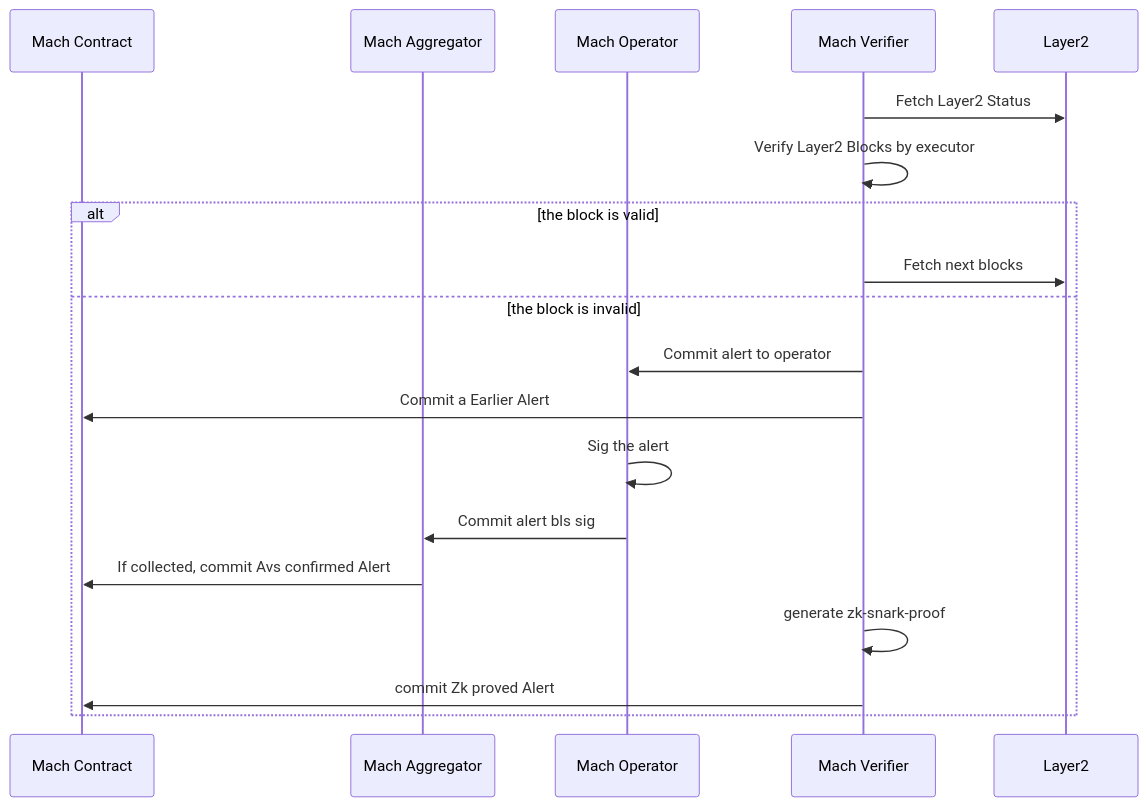
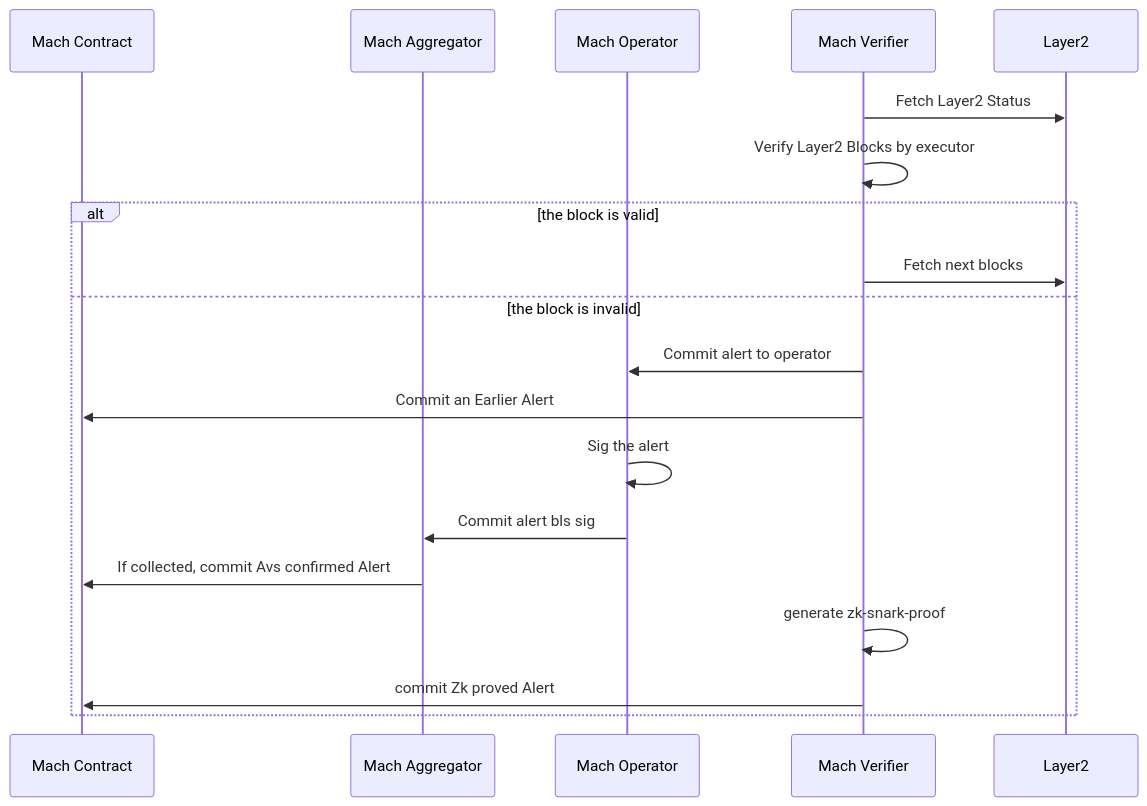
The first of 2 diagrams in README.md (alt-research/mach-avs), drawn with Mermaid before and after one commit. The commit also changed other lines of this file, not shown here.

Commit message:
typos README.md

````diff
--- a/README.md
+++ b/README.md
@@ -37,26 +37,26 @@
 ```mermaid
 sequenceDiagram
     participant MC as Mach Contract
 
     participant MA as Mach Aggregator
     participant MO as Mach Operator
 
     participant MV as Mach Verifier
 
     participant L2 as Layer2
 
     MV ->> L2: Fetch Layer2 Status
     MV ->> MV: Verify Layer2 Blocks by executor
 
     alt the block is valid
     MV ->> L2: Fetch next blocks
     else the block is invalid
     MV ->> MO: Commit alert to operator
-    MV ->> MC: Commit a Earlier Alert
+    MV ->> MC: Commit an Earlier Alert
     MO ->> MO: Sig the alert
     MO ->> MA: Commit alert bls sig
     MA ->> MC: If collected, commit Avs confirmed Alert
     MV ->> MV: generate zk-snark-proof
     MV ->> MC: commit Zk proved Alert
     end
 ```
````
